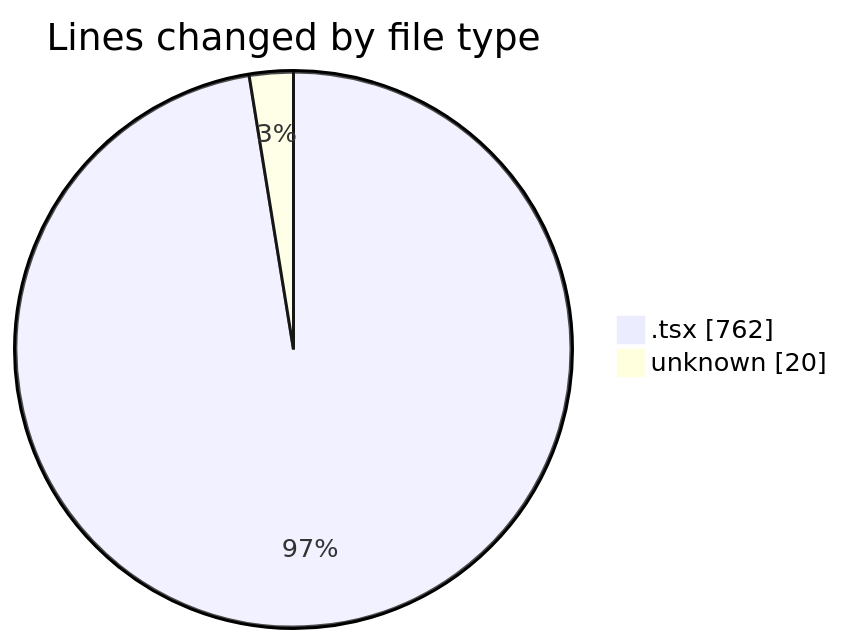
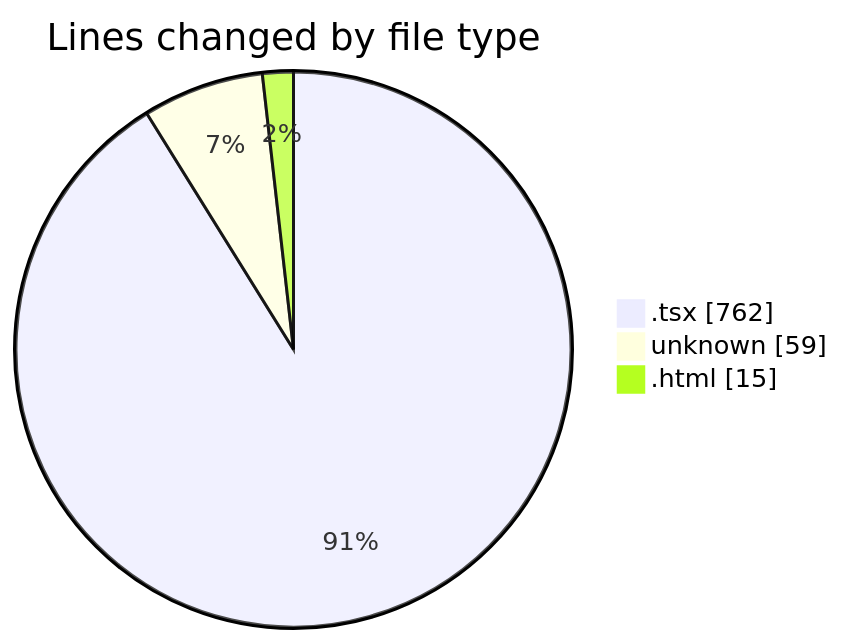
Before and after one commit to JenPaints/code-tracking: the first of 2 diagrams in 2025-06-23/archive/README.md, drawn with Mermaid. The commit also changed other lines of this file and 1 other file, not shown here.

````diff
--- a/2025-06-23/archive/README.md
+++ b/2025-06-23/archive/README.md
@@ -21,6 +22,7 @@
 ```mermaid
 pie showData
 title Lines changed by file type
 ".tsx" : 762
-"unknown" : 20
+"unknown" : 59
+".html" : 15
 ```
````
